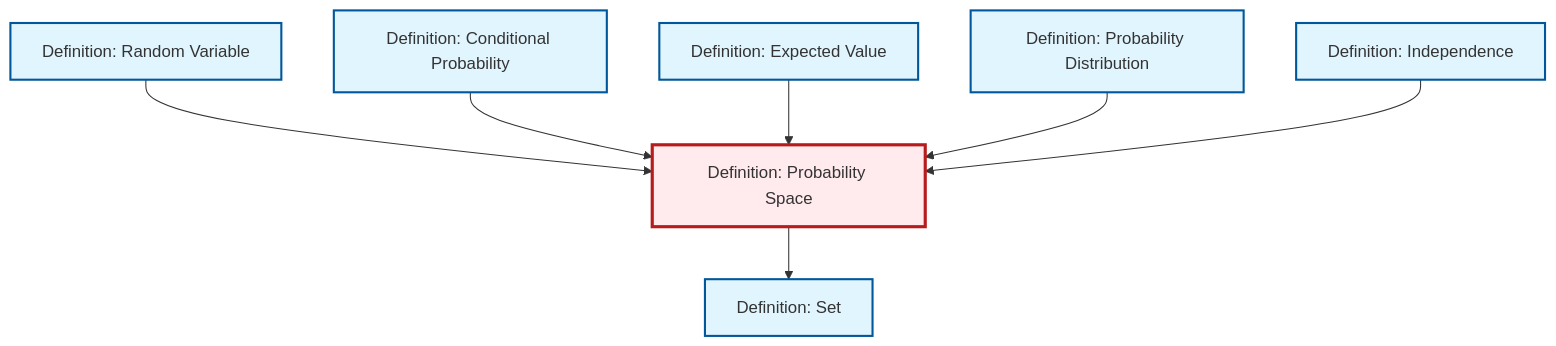
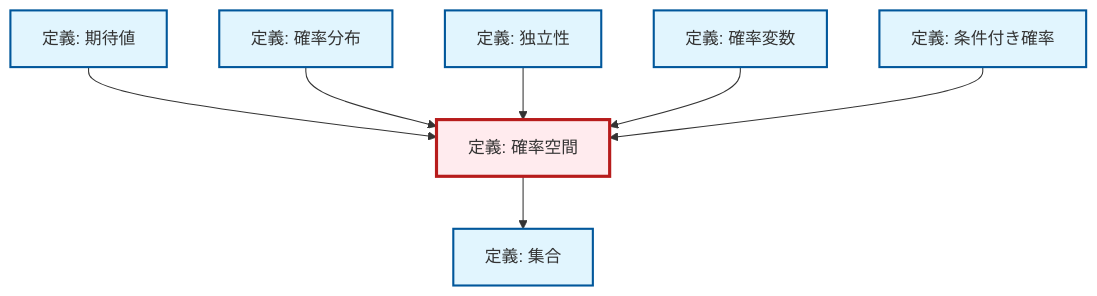
One commit to RK0429/ModernMath changed the diagram in content/ja/probability-statistics/def-probability-space.qmd. Above: the diagram before and after it, drawn with Mermaid. The commit also changed 1069 other files, not shown here.

````diff
--- a/content/ja/probability-statistics/def-probability-space.qmd
+++ b/content/ja/probability-statistics/def-probability-space.qmd
@@ -47,29 +47,29 @@
 ```{mermaid}
 %%| fig-cap: "Local dependency graph"
 graph TD
     classDef definition fill:#e1f5fe,stroke:#01579b,stroke-width:2px
     classDef theorem fill:#f3e5f5,stroke:#4a148c,stroke-width:2px
     classDef axiom fill:#fff3e0,stroke:#e65100,stroke-width:2px
     classDef example fill:#e8f5e9,stroke:#1b5e20,stroke-width:2px
     classDef current fill:#ffebee,stroke:#b71c1c,stroke-width:3px
-    def-set["Definition: Set"]:::definition
-    def-expectation["Definition: Expected Value"]:::definition
-    def-probability-distribution["Definition: Probability Distribution"]:::definition
-    def-conditional-probability["Definition: Conditional Probability"]:::definition
-    def-random-variable["Definition: Random Variable"]:::definition
-    def-independence["Definition: Independence"]:::definition
-    def-probability-space["Definition: Probability Space"]:::definition
-    def-probability-space --> def-set
-    def-random-variable --> def-probability-space
-    def-conditional-probability --> def-probability-space
+    def-expectation["定義: 期待値"]:::definition
+    def-conditional-probability["定義: 条件付き確率"]:::definition
+    def-set["定義: 集合"]:::definition
+    def-random-variable["定義: 確率変数"]:::definition
+    def-probability-space["定義: 確率空間"]:::definition
+    def-independence["定義: 独立性"]:::definition
+    def-probability-distribution["定義: 確率分布"]:::definition
     def-expectation --> def-probability-space
     def-probability-distribution --> def-probability-space
     def-independence --> def-probability-space
+    def-random-variable --> def-probability-space
+    def-probability-space --> def-set
+    def-conditional-probability --> def-probability-space
     class def-probability-space current
-    click def-set "def-set.html" "Definition: Setへ"
-    click def-expectation "def-expectation.html" "Definition: Expected Valueへ"
-    click def-probability-distribution "def-probability-distribution.html" "Definition: Probability Distributionへ"
-    click def-conditional-probability "def-conditional-probability.html" "Definition: Conditional Probabilityへ"
-    click def-random-variable "def-random-variable.html" "Definition: Random Variableへ"
-    click def-independence "def-independence.html" "Definition: Independenceへ"
+    click def-expectation "def-expectation.html" "期待値の定義へ"
+    click def-conditional-probability "def-conditional-probability.html" "条件付き確率の定義へ"
+    click def-set "def-set.html" "集合の定義へ"
+    click def-random-variable "def-random-variable.html" "確率変数の定義へ"
+    click def-independence "def-independence.html" "独立性の定義へ"
+    click def-probability-distribution "def-probability-distribution.html" "確率分布の定義へ"
 ```
````
